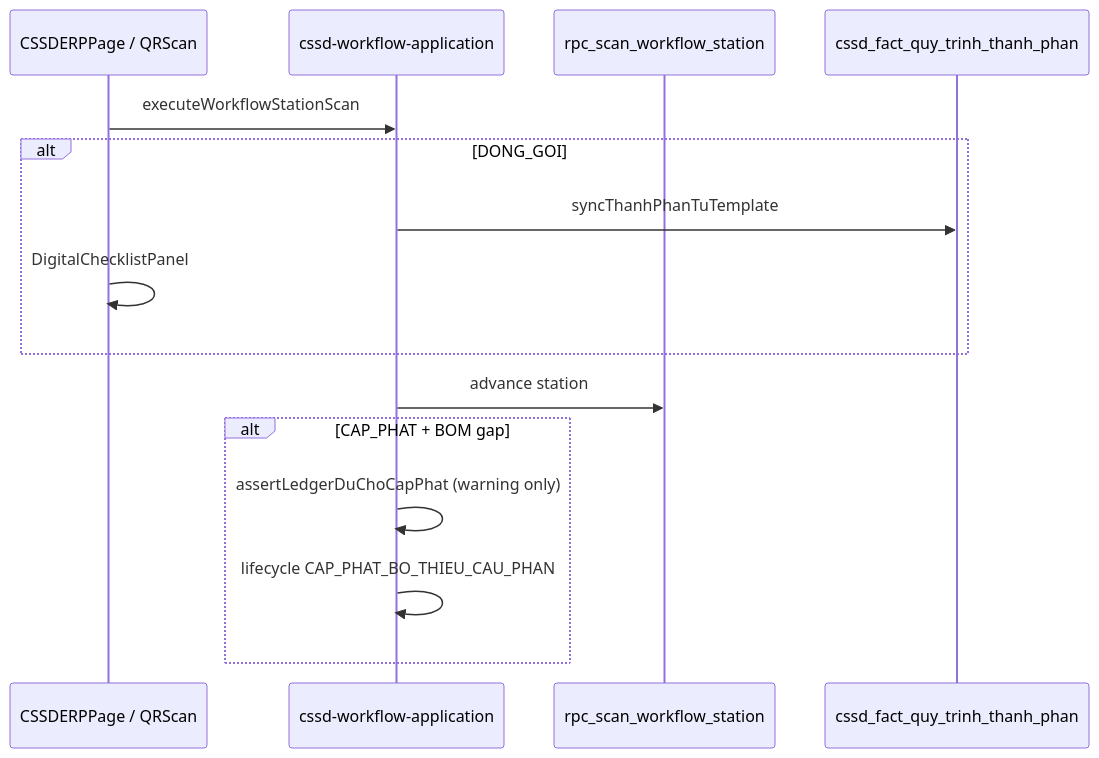
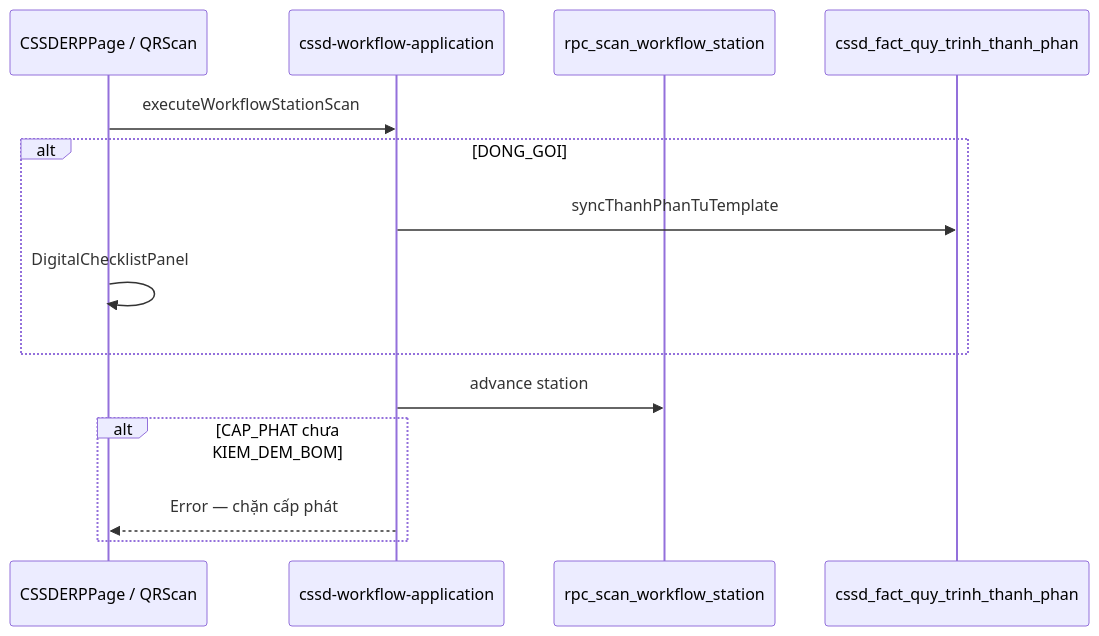
The second of 2 diagrams in docs/reference/architecture/interaction-matrix.md (ksnkbv103-droid/ksnk_bv103_V2), drawn with Mermaid before and after one commit. The commit also changed other lines of this file and 513 other files, not shown here.

````diff
--- a/docs/reference/architecture/interaction-matrix.md
+++ b/docs/reference/architecture/interaction-matrix.md
@@ -47,18 +50,17 @@
 ```mermaid
 sequenceDiagram
   participant UI as CSSDERPPage / QRScan
   participant W as cssd-workflow-application
   participant R as rpc_scan_workflow_station
   participant B as cssd_fact_quy_trinh_thanh_phan
 
   UI->>W: executeWorkflowStationScan
   alt DONG_GOI
     W->>B: syncThanhPhanTuTemplate
     UI->>UI: DigitalChecklistPanel
   end
   W->>R: advance station
-  alt CAP_PHAT + BOM gap
-    W->>W: assertLedgerDuChoCapPhat (warning only)
-    W->>W: lifecycle CAP_PHAT_BO_THIEU_CAU_PHAN
+  alt CAP_PHAT chưa KIEM_DEM_BOM
+    W-->>UI: Error — chặn cấp phát
   end
 ```
````
